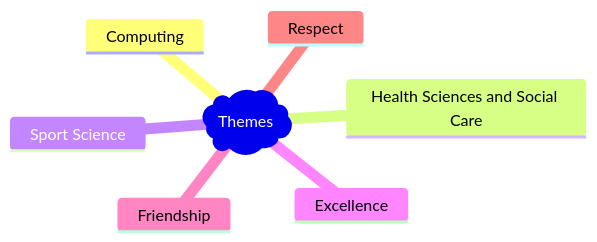
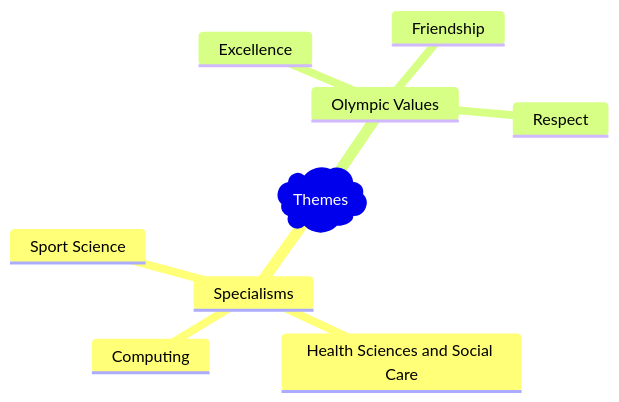
One commit to UTCSheffield/digital-art-club changed the diagram in content/Sessions/Session 3 - Start your project.md. Above: the diagram before and after it, drawn with Mermaid. The commit also changed other lines of this file, not shown here.

````diff
--- a/content/Sessions/Session 3 - Start your project.md
+++ b/content/Sessions/Session 3 - Start your project.md
@@ -16,10 +18,12 @@
 ```mermaid
 mindmap
 	root)Themes(
-		Computing
-		Health Sciences and Social Care
-		Sport Science
-		Excellence
-		Friendship
-		Respect
+		Specialisms
+			Computing
+			Health Sciences and Social Care
+			Sport Science
+		Olympic Values
+			Excellence
+			Friendship
+			Respect
 ```
````
